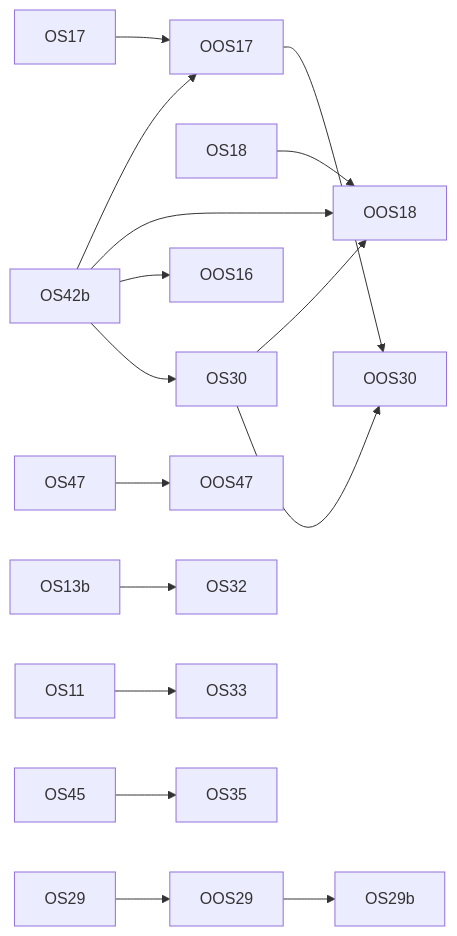
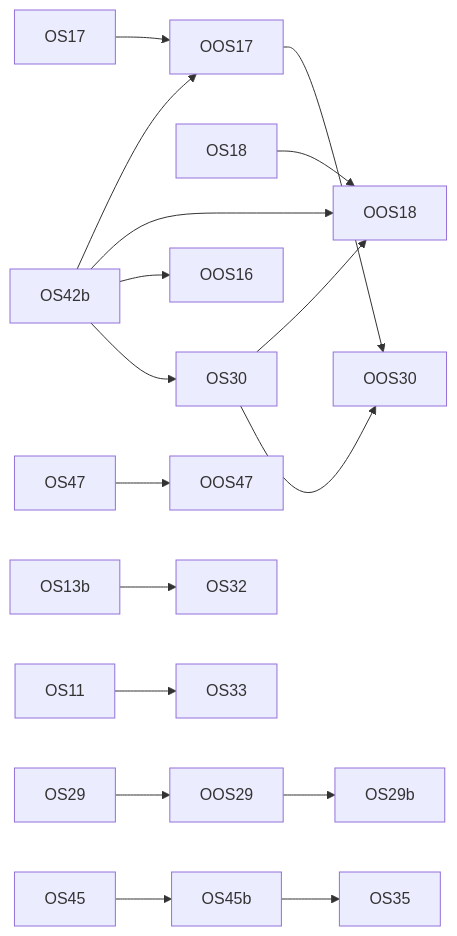
The diagram in PLAN_ORGANIC_SEARCH.md (diy-accounting-uk/submit.diyaccounting.co.uk), drawn with Mermaid before and after one commit. The commit also changed other lines of this file and 1 other file, not shown here.

````diff
--- a/PLAN_ORGANIC_SEARCH.md
+++ b/PLAN_ORGANIC_SEARCH.md
@@ -901,18 +903,19 @@
 ```mermaid
 flowchart LR
   OS42b --> OOS17
   OS42b --> OOS18
   OS17 --> OOS17
   OS18 --> OOS18
   OS30 --> OOS18
   OS29 --> OOS29
   OOS29 --> OS29b
   OS42b --> OOS16
   OS47 --> OOS47
   OS30 --> OOS30
   OOS17 --> OOS30
   OS13b --> OS32
   OS42b --> OS30
   OS11 --> OS33
-  OS45 --> OS35
+  OS45 --> OS45b
+  OS45b --> OS35
 ```
````
